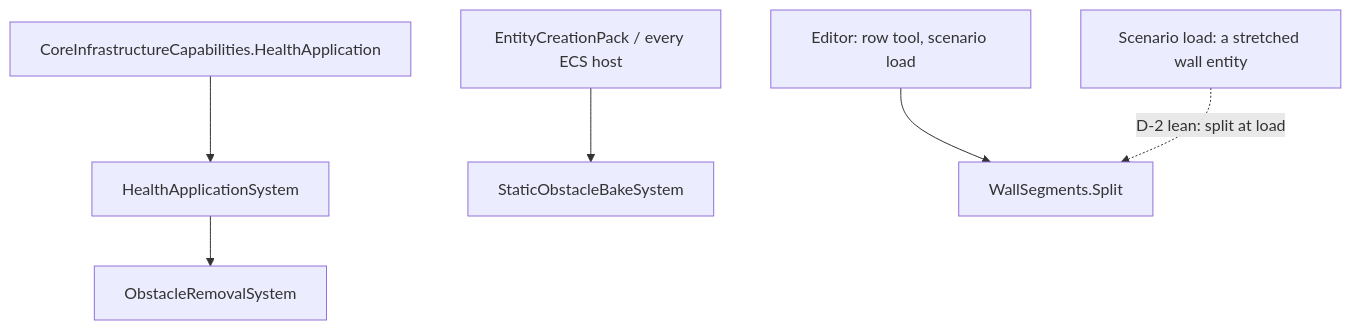
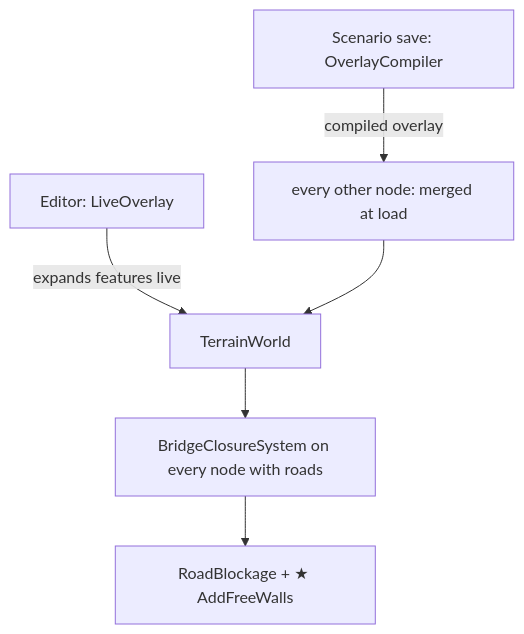
One commit to pjanec/HROT changed the third of 3 diagrams in docs/designs/engineering/DESIGN_Breachable_Obstacle_Walls.md. Above: the diagram before and after it, drawn with Mermaid. The commit also changed other lines of this file, not shown here.

First line of the commit message:
R-11022: breachable walls design rev 2 - a placed wall is a terrain-feature wall (segments withdrawn to HISTORY); review pending

````diff
--- a/docs/designs/engineering/DESIGN_Breachable_Obstacle_Walls.md
+++ b/docs/designs/engineering/DESIGN_Breachable_Obstacle_Walls.md
@@ -104,8 +111,8 @@
 ```mermaid
 graph TD
-  CIC[CoreInfrastructureCapabilities.HealthApplication] --> HA[HealthApplicationSystem]
-  HA --> ORS[ObstacleRemovalSystem]
-  ETP[EntityCreationPack / every ECS host] --> SOB[StaticObstacleBakeSystem]
-  ED[Editor: row tool, scenario load] --> WS[WallSegments.Split]
-  LOAD[Scenario load: a stretched wall entity] -.->|D-2 lean: split at load| WS
+  ED[Editor: LiveOverlay] -->|expands features live| TW[TerrainWorld]
+  SAVE[Scenario save: OverlayCompiler] -->|compiled overlay| NODES[every other node: merged at load]
+  NODES --> TW
+  TW --> BCS[BridgeClosureSystem on every node with roads]
+  BCS --> RB[RoadBlockage + ★ AddFreeWalls]
 ```
````
